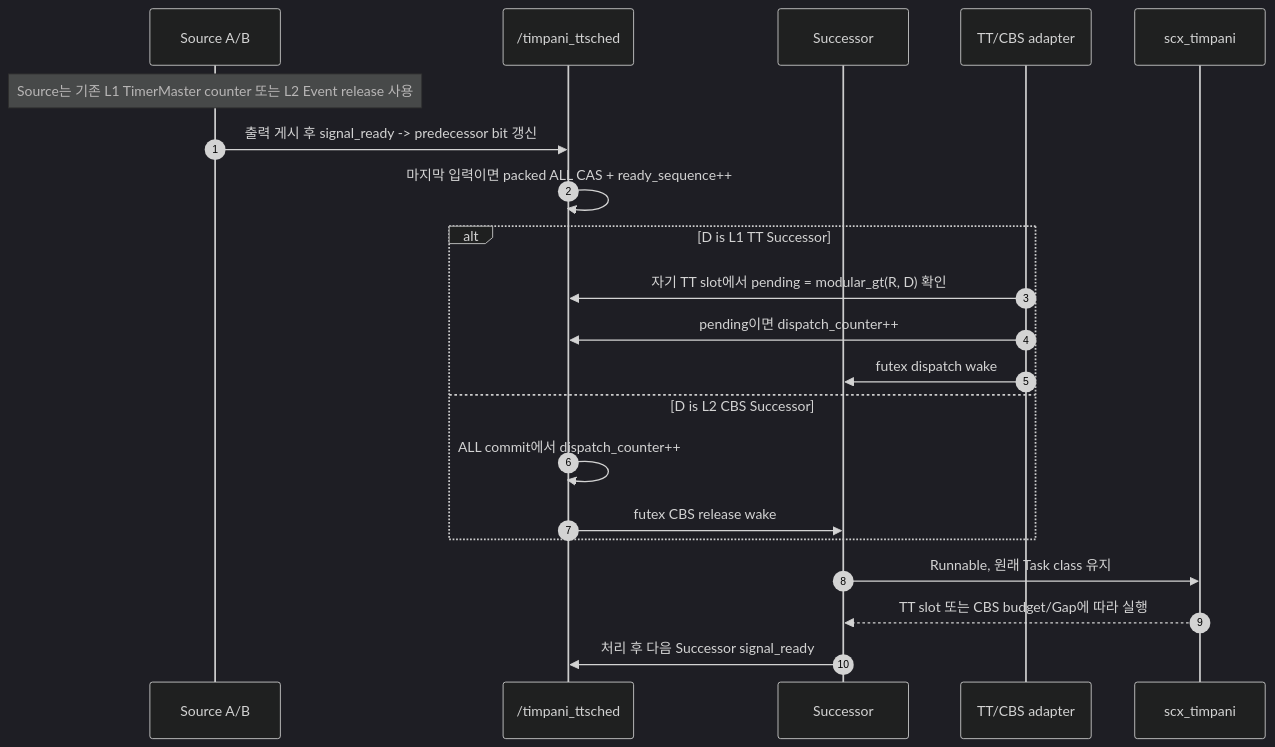
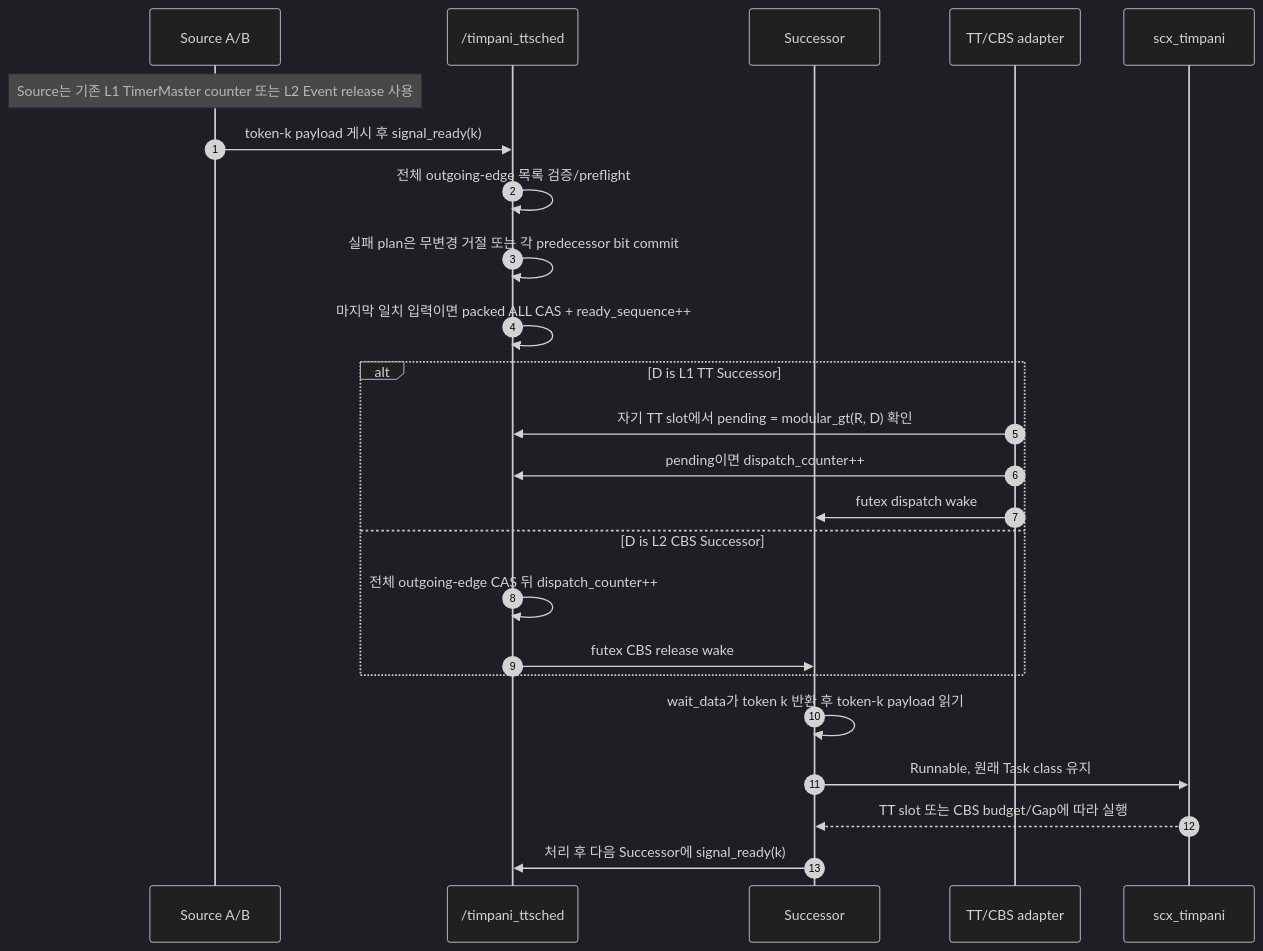
The third of 4 diagrams in doc/design/kor/HLD-009-data-driven-workload.md (eclipse-timpani/timpani26), drawn with Mermaid (dark theme) before and after one commit. The commit also changed other lines of this file and 9 other files, not shown here.

````diff
--- a/doc/design/kor/HLD-009-data-driven-workload.md
+++ b/doc/design/kor/HLD-009-data-driven-workload.md
@@ -110,24 +115,27 @@
 ```mermaid
 sequenceDiagram
     autonumber
     participant P as Source A/B
     participant SHM as /timpani_ttsched
     participant D as Successor
     participant A as TT/CBS adapter
     participant BPF as scx_timpani
 
     Note over P: Source는 기존 L1 TimerMaster counter 또는 L2 Event release 사용
-    P->>SHM: 출력 게시 후 signal_ready -> predecessor bit 갱신
-    SHM->>SHM: 마지막 입력이면 packed ALL CAS + ready_sequence++
+    P->>SHM: token-k payload 게시 후 signal_ready(k)
+    SHM->>SHM: 전체 outgoing-edge 목록 검증/preflight
+    SHM->>SHM: 실패 plan은 무변경 거절 또는 각 predecessor bit commit
+    SHM->>SHM: 마지막 일치 입력이면 packed ALL CAS + ready_sequence++
     alt D is L1 TT Successor
         A->>SHM: 자기 TT slot에서 pending = modular_gt(R, D) 확인
         A->>SHM: pending이면 dispatch_counter++
         A->>D: futex dispatch wake
     else D is L2 CBS Successor
-        SHM->>SHM: ALL commit에서 dispatch_counter++
+        SHM->>SHM: 전체 outgoing-edge CAS 뒤 dispatch_counter++
         SHM->>D: futex CBS release wake
     end
+    D->>D: wait_data가 token k 반환 후 token-k payload 읽기
     D->>BPF: Runnable, 원래 Task class 유지
     BPF-->>D: TT slot 또는 CBS budget/Gap에 따라 실행
-    D->>SHM: 처리 후 다음 Successor signal_ready
+    D->>SHM: 처리 후 다음 Successor에 signal_ready(k)
 ```
````
